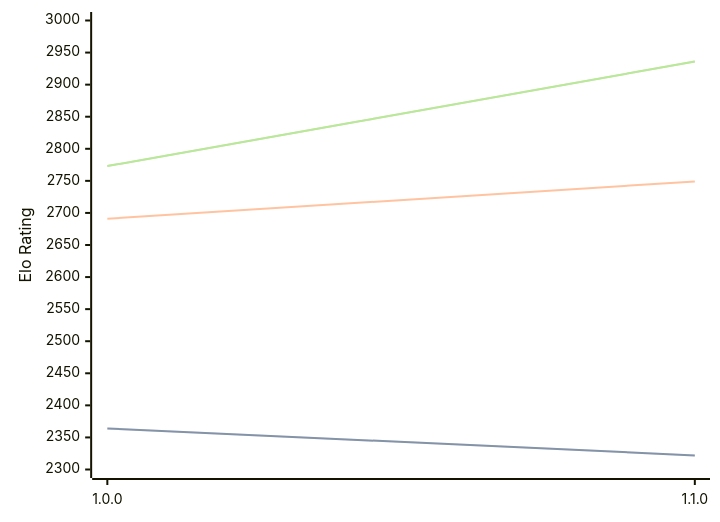
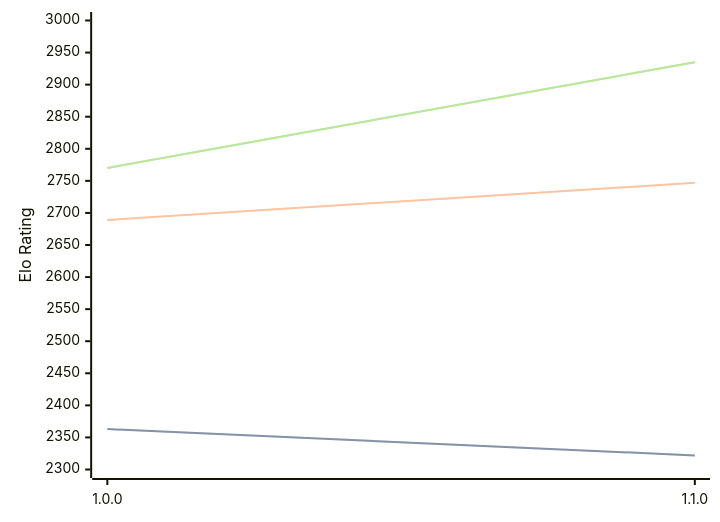
The diagram in engines/ShallowGuess.md (computer-chess-index/cci), drawn with Mermaid before and after one commit. The commit also changed other lines of this file, not shown here.

Commit message:
Update CCI Ratings (ELO VLTC) - 2026-03-31

````diff
--- a/engines/ShallowGuess.md
+++ b/engines/ShallowGuess.md
@@ -36,11 +36,11 @@
 ```mermaid
 %%{init: {"theme":"base","themeVariables":{"seriesColors:['#a3a3a3','#222221','#faa371']}}}%%
 xychart-beta
   x-axis ["1.0.0", "1.1.0"]
   y-axis "Elo Rating" 2300 --> 3000
-  line "STC (8.0+0.08s)" [2364, 2322]
-  line "STC (8.0+0.08s)" [2364, 2322]
-  line "LTC (60.0+0.60s)" [2691, 2749]
-  line "VLTC (2m24s+1.12s)" [2773, 2936]
-  line "VLTC (2m24s+1.12s)" [2773, 2936]
+  line "STC (8.0+0.08s)" [2363, 2322]
+  line "STC (8.0+0.08s)" [2363, 2322]
+  line "LTC (60.0+0.60s)" [2689, 2747]
+  line "VLTC (2m24s+1.12s)" [2770, 2935]
+  line "VLTC (2m24s+1.12s)" [2770, 2935]
 ```
````
